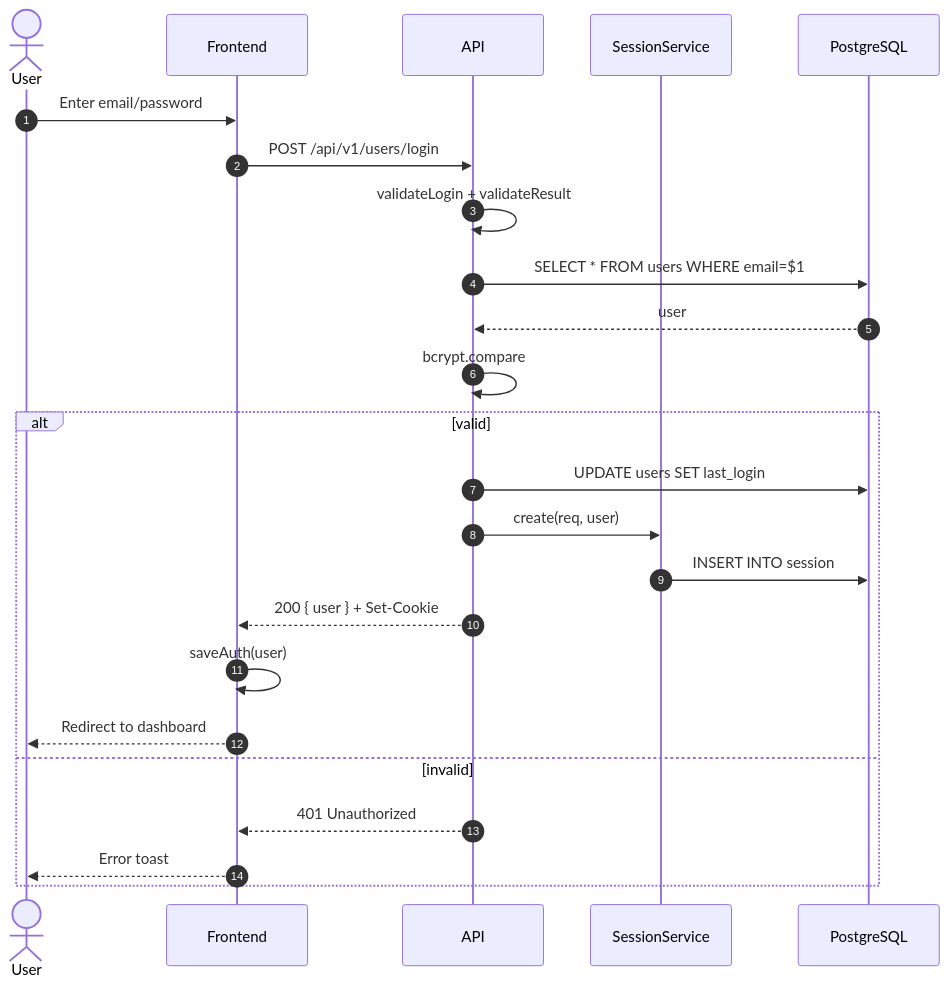
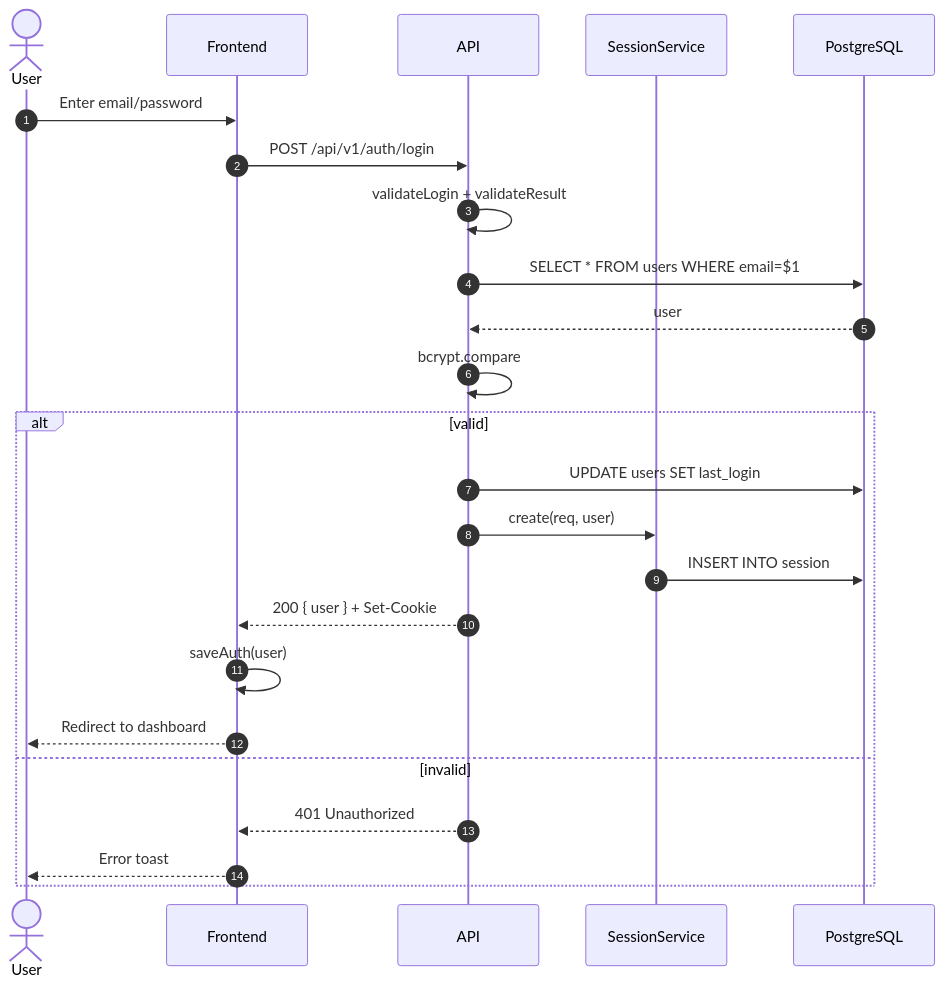
The first of 12 diagrams in docs/diagrams/sequence-diagrams.md (Rafy-Tho/LearnSphere), drawn with Mermaid before and after one commit. The commit also changed other lines of this file and 65 other files, not shown here.

````diff
--- a/docs/diagrams/sequence-diagrams.md
+++ b/docs/diagrams/sequence-diagrams.md
@@ -7,27 +7,27 @@
 ```mermaid
 sequenceDiagram
   autonumber
   actor U as User
   participant F as Frontend
   participant A as API
   participant S as SessionService
   participant DB as PostgreSQL
 
   U->>F: Enter email/password
-  F->>A: POST /api/v1/users/login
+  F->>A: POST /api/v1/auth/login
   A->>A: validateLogin + validateResult
   A->>DB: SELECT * FROM users WHERE email=$1
   DB-->>A: user
   A->>A: bcrypt.compare
   alt valid
     A->>DB: UPDATE users SET last_login
     A->>S: create(req, user)
     S->>DB: INSERT INTO session
     A-->>F: 200 { user } + Set-Cookie
     F->>F: saveAuth(user)
     F-->>U: Redirect to dashboard
   else invalid
     A-->>F: 401 Unauthorized
     F-->>U: Error toast
   end
 ```
````
